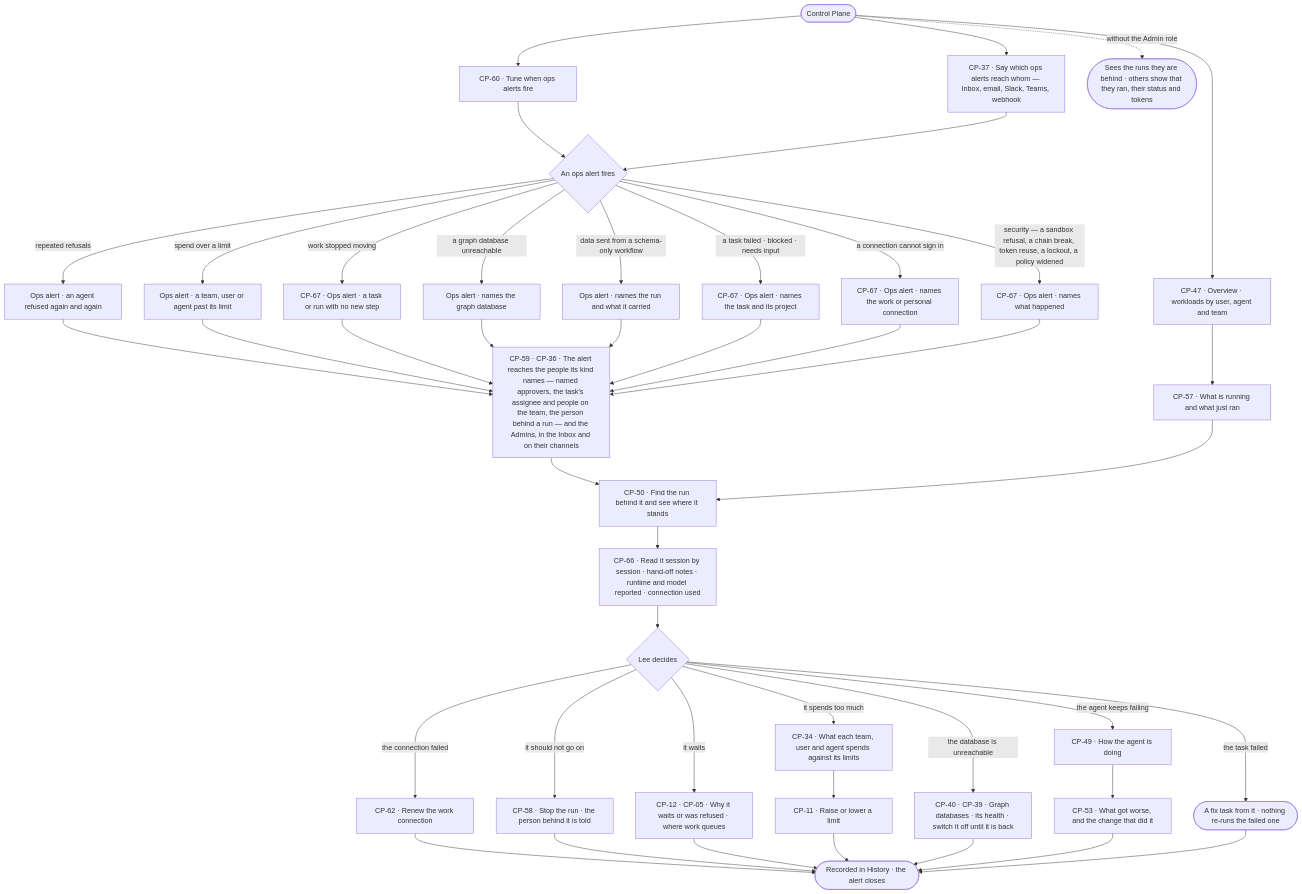
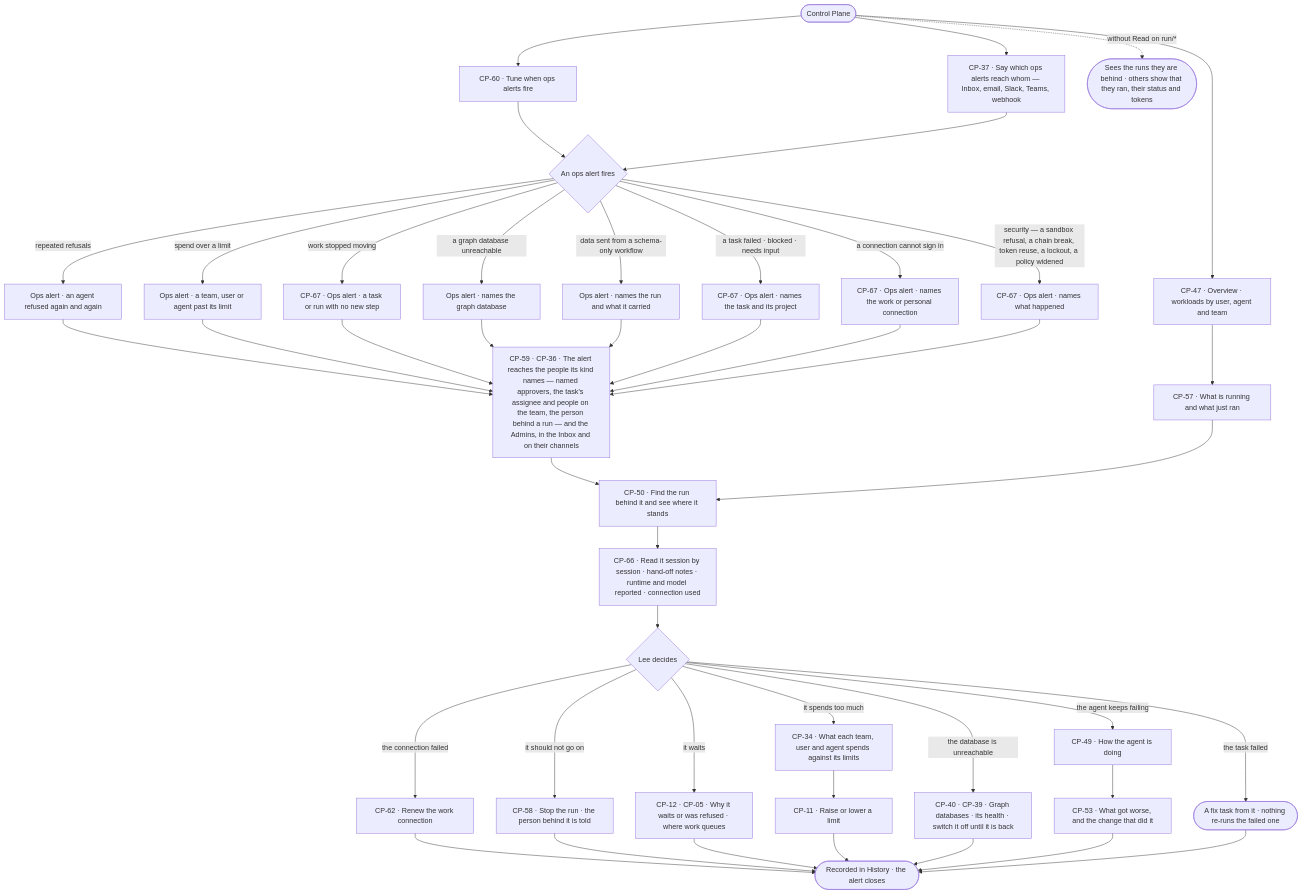
Before and after one commit to invana/invana: the diagram in specs/journeys/J08-watch-agent-workloads-and-act-on-an-alert.md, drawn with Mermaid. The commit also changed 228 other files, not shown here.

````diff
--- a/specs/journeys/J08-watch-agent-workloads-and-act-on-an-alert.md
+++ b/specs/journeys/J08-watch-agent-workloads-and-act-on-an-alert.md
@@ -16,46 +16,46 @@
 ```mermaid
 flowchart TD
   A([Control Plane]) --> O["CP-47 · Overview · workloads by user, agent and team"]
   A --> NR["CP-37 · Say which ops alerts reach whom — Inbox, email, Slack, Teams, webhook"]
   A --> TH["CP-60 · Tune when ops alerts fire"]
   TH --> AL
   NR --> AL{"An ops alert fires"}
   AL -->|repeated refusals| AL1["Ops alert · an agent refused again and again"]
   AL -->|spend over a limit| AL2["Ops alert · a team, user or agent past its limit"]
   AL -->|work stopped moving| AL3["CP-67 · Ops alert · a task or run with no new step"]
   AL -->|a graph database unreachable| AL4["Ops alert · names the graph database"]
   AL -->|data sent from a schema-only workflow| AL5["Ops alert · names the run and what it carried"]
   AL -->|a task failed · blocked · needs input| AL6["CP-67 · Ops alert · names the task and its project"]
   AL -->|a connection cannot sign in| AL7["CP-67 · Ops alert · names the work or personal connection"]
   AL -->|security — a sandbox refusal, a chain break, token reuse, a lockout, a policy widened| AL8["CP-67 · Ops alert · names what happened"]
   AL1 --> IN["CP-59 · CP-36 · The alert reaches the people its kind names — named approvers, the task's assignee and people on the team, the person behind a run — and the Admins, in the Inbox and on their channels"]
   AL2 --> IN
   AL3 --> IN
   AL4 --> IN
   AL5 --> IN
   AL6 --> IN
   AL7 --> IN
   AL8 --> IN
   O --> R["CP-57 · What is running and what just ran"]
   IN --> R2["CP-50 · Find the run behind it and see where it stands"]
   R --> R2
   R2 --> SS["CP-66 · Read it session by session · hand-off notes · runtime and model reported · connection used"]
   SS --> D{"Lee decides"}
   D -->|the task failed| FX(["A fix task from it · nothing re-runs the failed one"])
   D -->|the connection failed| CN["CP-62 · Renew the work connection"]
   CN --> E
   D -->|it should not go on| S["CP-58 · Stop the run · the person behind it is told"]
   D -->|it waits| W["CP-12 · CP-05 · Why it waits or was refused · where work queues"]
   D -->|it spends too much| L["CP-34 · What each team, user and agent spends against its limits"]
   L --> L1["CP-11 · Raise or lower a limit"]
   D -->|the database is unreachable| G["CP-40 · CP-39 · Graph databases · its health · switch it off until it is back"]
   D -->|the agent keeps failing| Q["CP-49 · How the agent is doing"]
   Q --> Q1["CP-53 · What got worse, and the change that did it"]
   S --> E(["Recorded in History · the alert closes"])
   W --> E
   L1 --> E
   G --> E
   Q1 --> E
   FX --> E
-  A -.->|without the Admin role| NA(["Sees the runs they are behind · others show that they ran, their status and tokens"])
+  A -.->|without Read on run/*| NA(["Sees the runs they are behind · others show that they ran, their status and tokens"])
 ```
````
